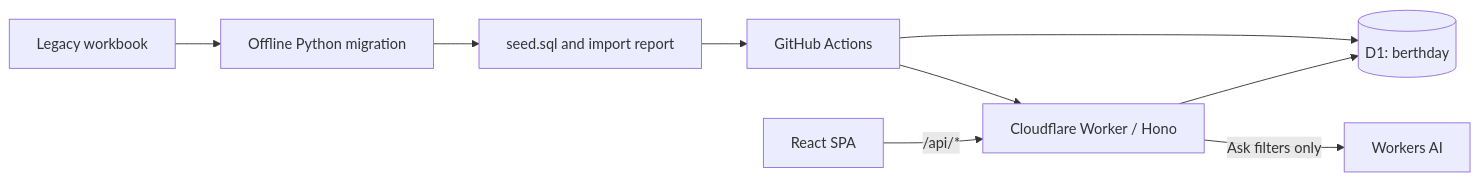
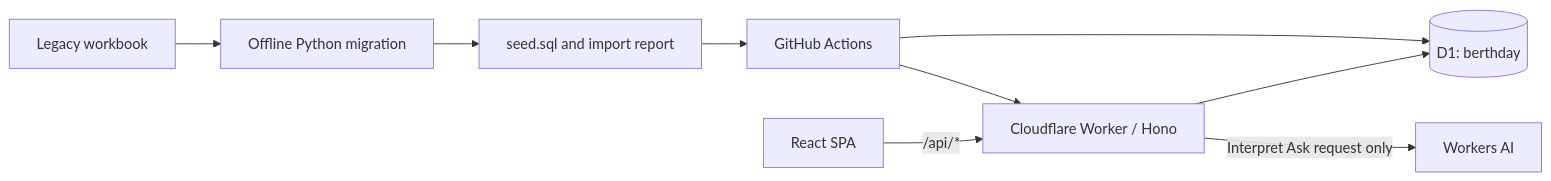
One commit to HahaBill/berthday changed the diagram in README.md. Above: the diagram before and after it, drawn with Mermaid. The commit also changed other lines of this file and 21 other files, not shown here.

````diff
--- a/README.md
+++ b/README.md
@@ -60,11 +70,11 @@
 ```mermaid
 flowchart LR
   Browser[React SPA] -->|/api/*| Worker[Cloudflare Worker / Hono]
   Worker --> D1[(D1: berthday)]
-  Worker -->|Ask filters only| AI[Workers AI]
+  Worker -->|Interpret Ask request only| AI[Workers AI]
   Workbook[Legacy workbook] --> Python[Offline Python migration]
   Python --> Seed[seed.sql and import report]
   Seed --> CI[GitHub Actions]
   CI --> D1
   CI --> Worker
 ```
````
